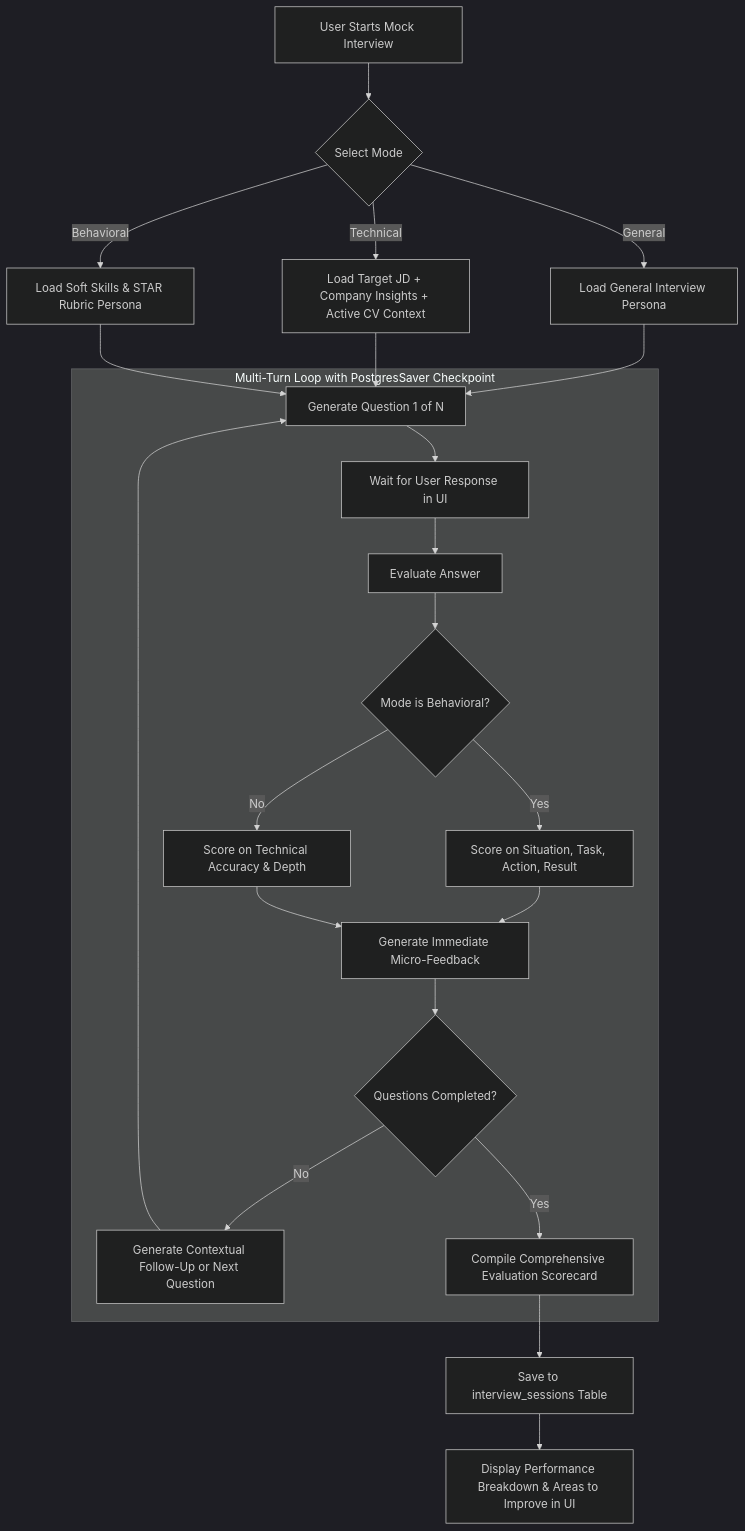
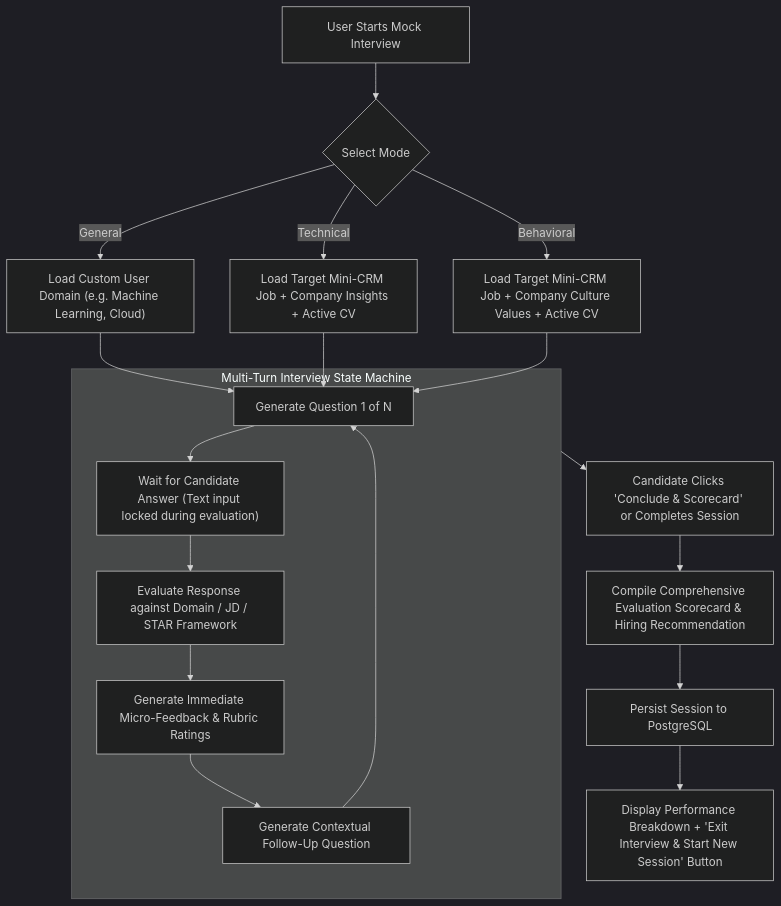
Before and after one commit to Mostafa710/career-copilot: the eighth of 9 diagrams in docs/architecture_flowcharts.md, drawn with Mermaid (dark theme). The commit also changed other lines of this file and 2 other files, not shown here.

Commit message:
docs: synchronize README, implementation plan, and architecture flowcharts with exact multi-agent implementations

````diff
--- a/docs/architecture_flowcharts.md
+++ b/docs/architecture_flowcharts.md
@@ -282,28 +195,23 @@
 ```mermaid
 flowchart TD
     Start["User Starts Mock Interview"] --> SelectMode{"Select Mode"}
     
-    SelectMode -->|General| InitGeneral["Load General Interview Persona"]
-    SelectMode -->|Technical| InitTech["Load Target JD + Company Insights + Active CV Context"]
-    SelectMode -->|Behavioral| InitBehav["Load Soft Skills & STAR Rubric Persona"]
+    SelectMode -->|General| InitGeneral["Load Custom User Domain (e.g. Machine Learning, Cloud)"]
+    SelectMode -->|Technical| InitTech["Load Target Mini-CRM Job + Company Insights + Active CV"]
+    SelectMode -->|Behavioral| InitBehav["Load Target Mini-CRM Job + Company Culture Values + Active CV"]
     
     InitGeneral & InitTech & InitBehav --> QuestionLoop["Generate Question 1 of N"]
     
-    subgraph InterviewLoop ["Multi-Turn Loop with PostgresSaver Checkpoint"]
-        QuestionLoop --> WaitAnswer["Wait for User Response in UI"]
-        WaitAnswer --> EvalResponse["Evaluate Answer"]
+    subgraph InterviewLoop ["Multi-Turn Interview State Machine"]
+        QuestionLoop --> WaitAnswer["Wait for Candidate Answer (Text input locked during evaluation)"]
+        WaitAnswer --> EvalResponse["Evaluate Response against Domain / JD / STAR Framework"]
         
-        EvalResponse --> CheckRubric{"Mode is Behavioral?"}
-        CheckRubric -->|Yes| STAREval["Score on Situation, Task, Action, Result"]
-        CheckRubric -->|No| TechEval["Score on Technical Accuracy & Depth"]
-        
-        STAREval & TechEval --> MicroFeedback["Generate Immediate Micro-Feedback"]
-        MicroFeedback --> IsLastQ{"Questions Completed?"}
-        
-        IsLastQ -->|No| NextQ["Generate Contextual Follow-Up or Next Question"] --> QuestionLoop
-        IsLastQ -->|Yes| FinalReport["Compile Comprehensive Evaluation Scorecard"]
+        EvalResponse --> MicroFeedback["Generate Immediate Micro-Feedback & Rubric Ratings"]
+        MicroFeedback --> NextQ["Generate Contextual Follow-Up Question"] --> QuestionLoop
     end
     
-    FinalReport --> SaveSession["Save to interview_sessions Table"]
-    SaveSession --> DisplayScorecard["Display Performance Breakdown & Areas to Improve in UI"]
+    InterviewLoop --> ConcludeAction["Candidate Clicks 'Conclude & Scorecard' or Completes Session"]
+    ConcludeAction --> FinalScorecard["Compile Comprehensive Evaluation Scorecard & Hiring Recommendation"]
+    FinalScorecard --> SaveSession["Persist Session to PostgreSQL"]
+    SaveSession --> ExitCTA["Display Performance Breakdown + 'Exit Interview & Start New Session' Button"]
 ```
````
